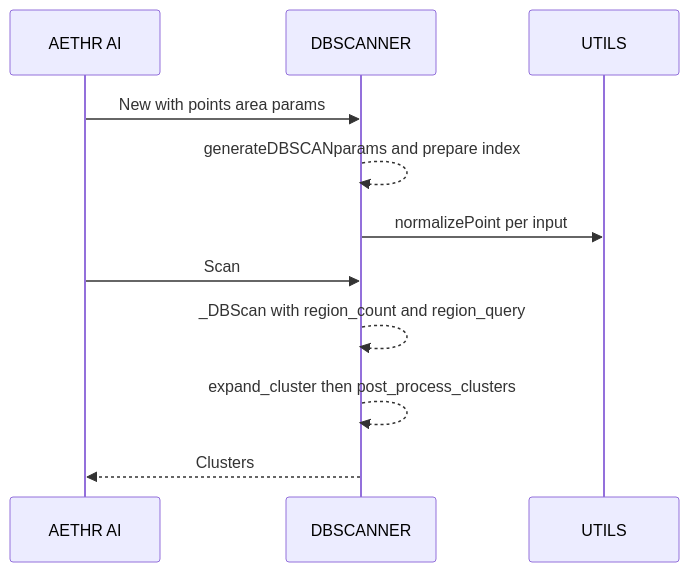
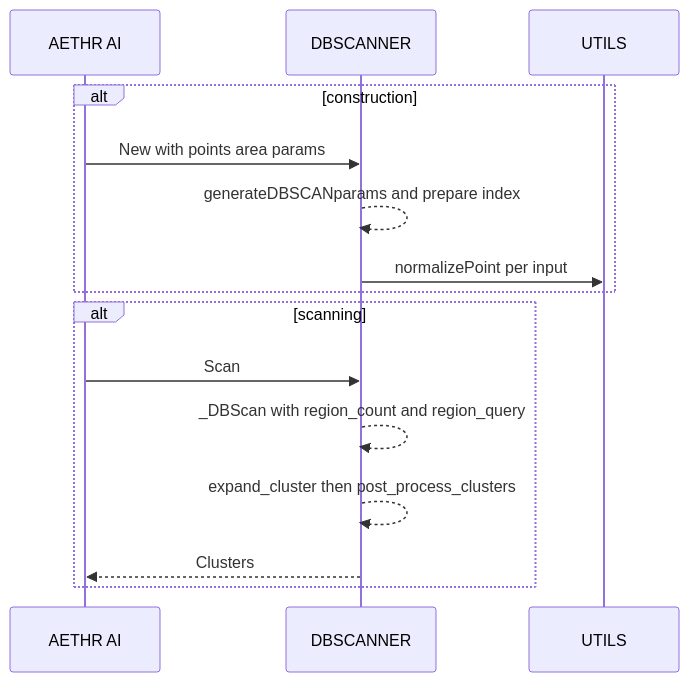
The second of 2 diagrams in docs/ai/README.md (Gh0st352/AETHR), drawn with Mermaid before and after one commit. The commit also changed other lines of this file and 3 other files, not shown here.

First line of the commit message:
docs(ai): normalize Mermaid diagrams, headings, and classes

````diff
--- a/docs/ai/README.md
+++ b/docs/ai/README.md
@@ -53,15 +55,20 @@
 ```mermaid
 %% shared theme: docs/_mermaid/theme.json %%
 sequenceDiagram
   participant AI as AETHR AI
   participant DB as DBSCANNER
   participant U as UTILS
 
-  AI->>DB: New with points area params
-  DB-->>DB: generateDBSCANparams and prepare index
-  DB->>U: normalizePoint per input
-  AI->>DB: Scan
-  DB-->>DB: _DBScan with region_count and region_query
-  DB-->>DB: expand_cluster then post_process_clusters
-  DB-->>AI: Clusters
+  alt construction
+    AI->>DB: New with points area params
+    DB-->>DB: generateDBSCANparams and prepare index
+    DB->>U: normalizePoint per input
+  end
+
+  alt scanning
+    AI->>DB: Scan
+    DB-->>DB: _DBScan with region_count and region_query
+    DB-->>DB: expand_cluster then post_process_clusters
+    DB-->>AI: Clusters
+  end
 ```
````
